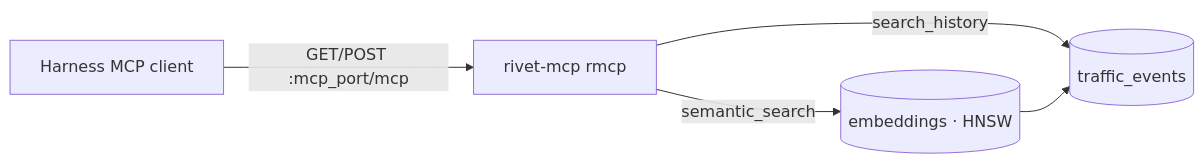
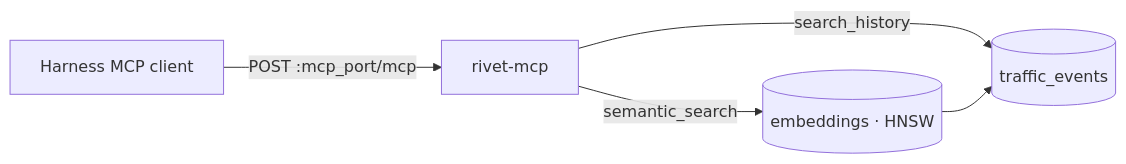
The tenth of 13 diagrams in docs/architecture.md (Rivethub/ExperimentOne), drawn with Mermaid before and after one commit. The commit also changed other lines of this file and 82 other files, not shown here.

````diff
--- a/docs/architecture.md
+++ b/docs/architecture.md
@@ -265,7 +310,7 @@
 ```mermaid
 flowchart LR
-  Harness[Harness MCP client] -->|GET/POST :mcp_port/mcp| MCP[rivet-mcp rmcp]
+  Harness[Harness MCP client] -->|POST :mcp_port/mcp| MCP[rivet-mcp]
   MCP -->|search_history| CH[(traffic_events)]
   MCP -->|semantic_search| Emb[(embeddings · HNSW)]
   Emb --> CH
 ```
````
